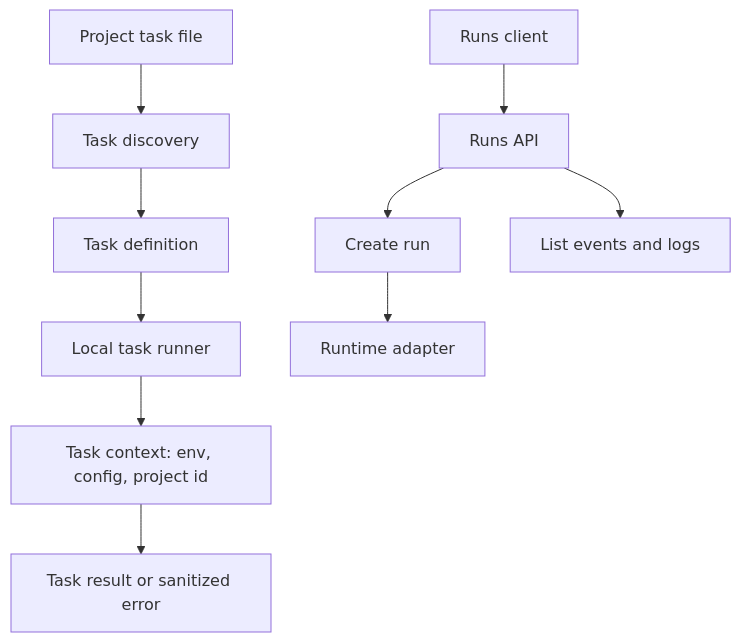
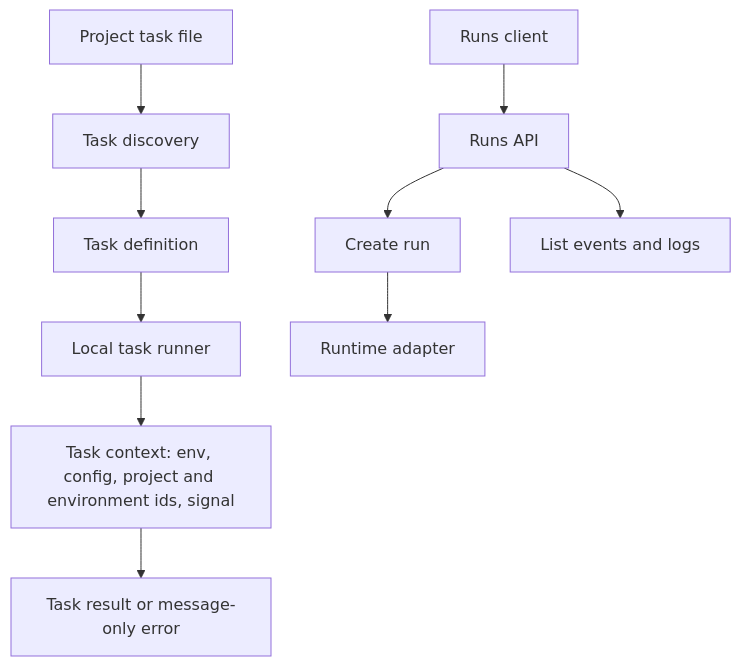
One commit to veryfront/veryfront-code changed the diagram in docs/architecture/09-runs-and-tasks.md. Above: the diagram before and after it, drawn with Mermaid. The commit also changed other lines of this file and 18 other files, not shown here.

````diff
--- a/docs/architecture/09-runs-and-tasks.md
+++ b/docs/architecture/09-runs-and-tasks.md
@@ -26,13 +26,13 @@
 ```mermaid
 flowchart TD
   taskFile[Project task file] --> discovery[Task discovery]
   discovery --> taskDef[Task definition]
   taskDef --> localRun[Local task runner]
-  localRun --> taskContext[Task context: env, config, project id]
-  taskContext --> result[Task result or sanitized error]
+  localRun --> taskContext[Task context: env, config, project and environment ids, signal]
+  taskContext --> result[Task result or message-only error]
 
   client[Runs client] --> api[Runs API]
   api --> create[Create run]
   api --> events[List events and logs]
   create --> backing[Runtime adapter]
 ```
````
